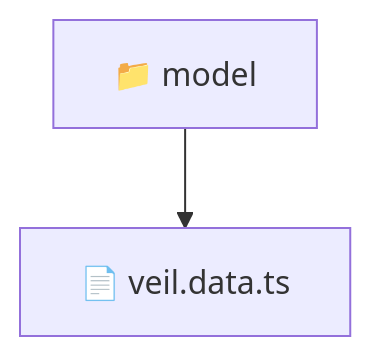
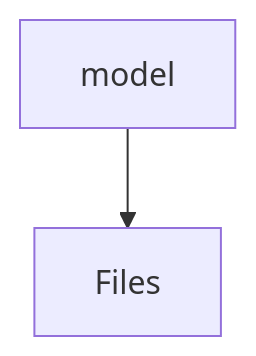
Before and after one commit to beginwebdev2002/fullstack-mavluda: the diagram in frontend/src/features/veil/model/README.md, drawn with Mermaid. The commit also changed other lines of this file and 163 other files, not shown here.

First line of the commit message:
feat: autogenerate localized directory readmes for architectural transparency

````diff
--- a/frontend/src/features/veil/model/README.md
+++ b/frontend/src/features/veil/model/README.md
@@ -11,5 +12,4 @@
 ```mermaid
 graph TD
-  Root["📁 model"]
-  Root --> veil_data_ts["📄 veil.data.ts"]
+    model[model] --> Files
 ```
````
